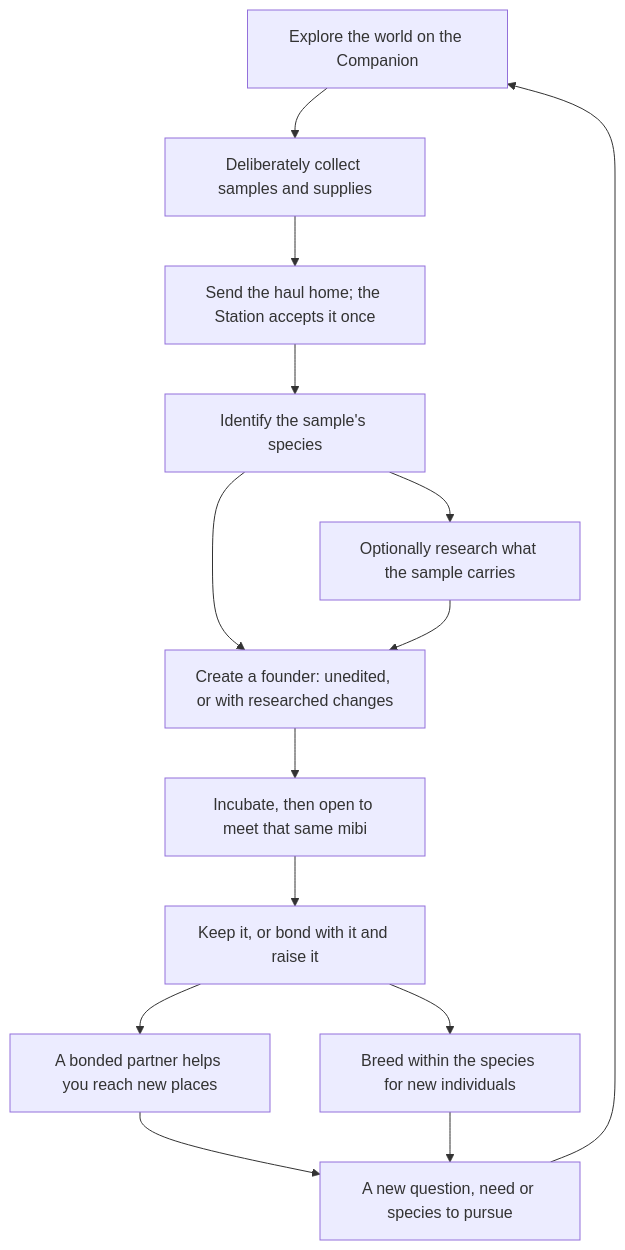
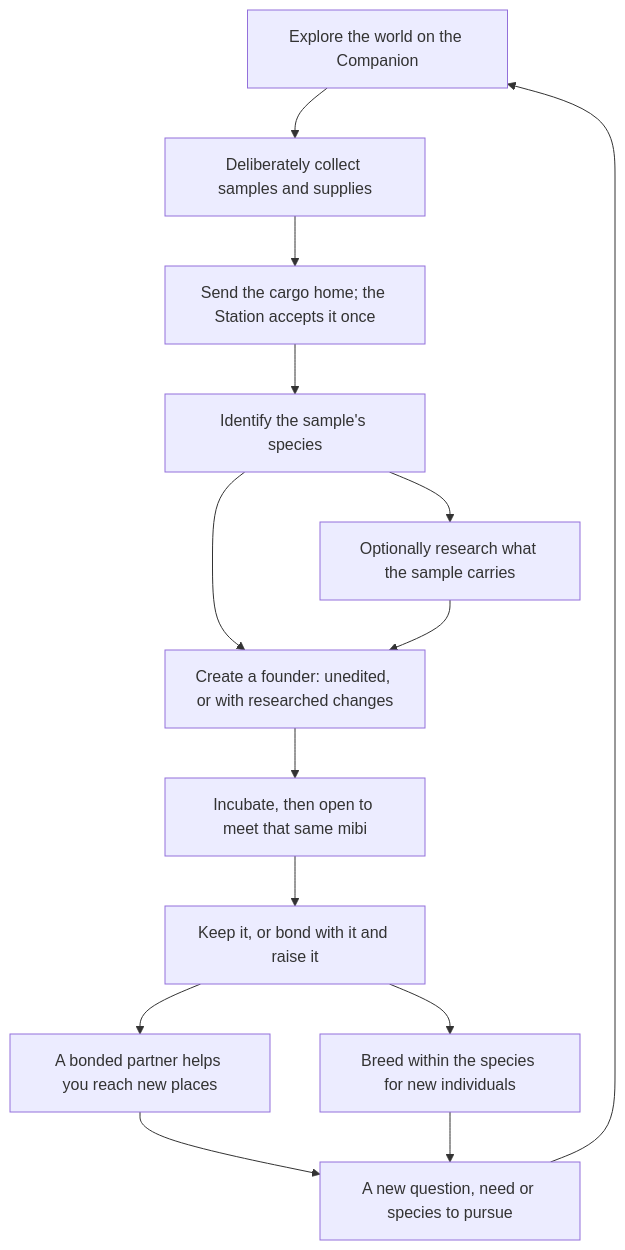
The diagram in design/game.md (PacoCotera/miniaturebeasts), drawn with Mermaid before and after one commit. The commit also changed other lines of this file and 7 other files, not shown here.

````diff
--- a/design/game.md
+++ b/design/game.md
@@ -17,16 +22,16 @@
 ```mermaid
 flowchart TD
   Explore[Explore the world on the Companion] --> Gather[Deliberately collect samples and supplies]
-  Gather --> Return[Send the haul home; the Station accepts it once]
+  Gather --> Return[Send the cargo home; the Station accepts it once]
   Return --> Identify[Identify the sample's species]
   Identify --> Create[Create a founder: unedited, or with researched changes]
   Identify --> Research[Optionally research what the sample carries]
   Research --> Create
   Create --> Open[Incubate, then open to meet that same mibi]
   Open --> Live[Keep it, or bond with it and raise it]
   Live --> Help[A bonded partner helps you reach new places]
   Live --> Breed[Breed within the species for new individuals]
   Help --> Purpose[A new question, need or species to pursue]
   Breed --> Purpose
   Purpose --> Explore
 ```
````
